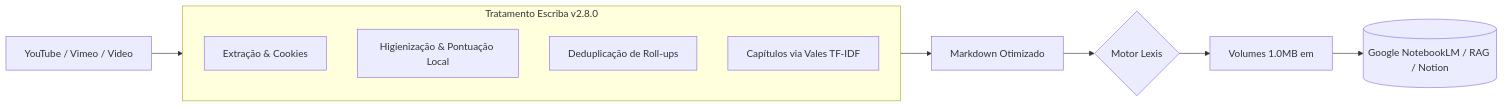
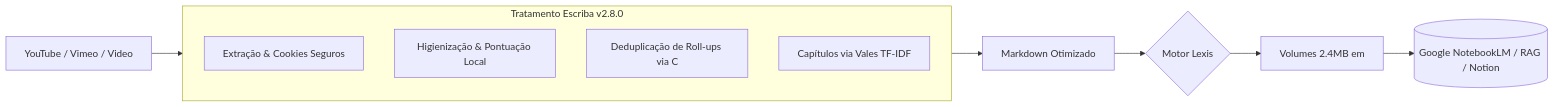
The diagram in README.md (Jandir/escriba), drawn with Mermaid before and after one commit. The commit also changed other lines of this file, not shown here.

Commit message:
docs: update README with Bolt Engine performance optimizations, expanded 2.4MB context limits, and codebase architectural improvements

````diff
--- a/README.md
+++ b/README.md
@@ -92,14 +134,14 @@
 ```mermaid
 graph LR
     A[YouTube / Vimeo / Video] --> B{Pipeline Escriba}
     subgraph B [Tratamento Escriba v2.8.0]
-        B1[Extração & Cookies]
+        B1[Extração & Cookies Seguros]
         B2[Higienização & Pontuação Local]
-        B3[Deduplicação de Roll-ups]
+        B3[Deduplicação de Roll-ups via C]
         B4[Capítulos via Vales TF-IDF]
     end
     B --> C[Markdown Otimizado]
     C --> D{Motor Lexis}
-    D --> E[Volumes 1.0MB em <article>]
+    D --> E[Volumes 2.4MB em <article>]
     E --> F[(Google NotebookLM / RAG / Notion)]
 ```
````
